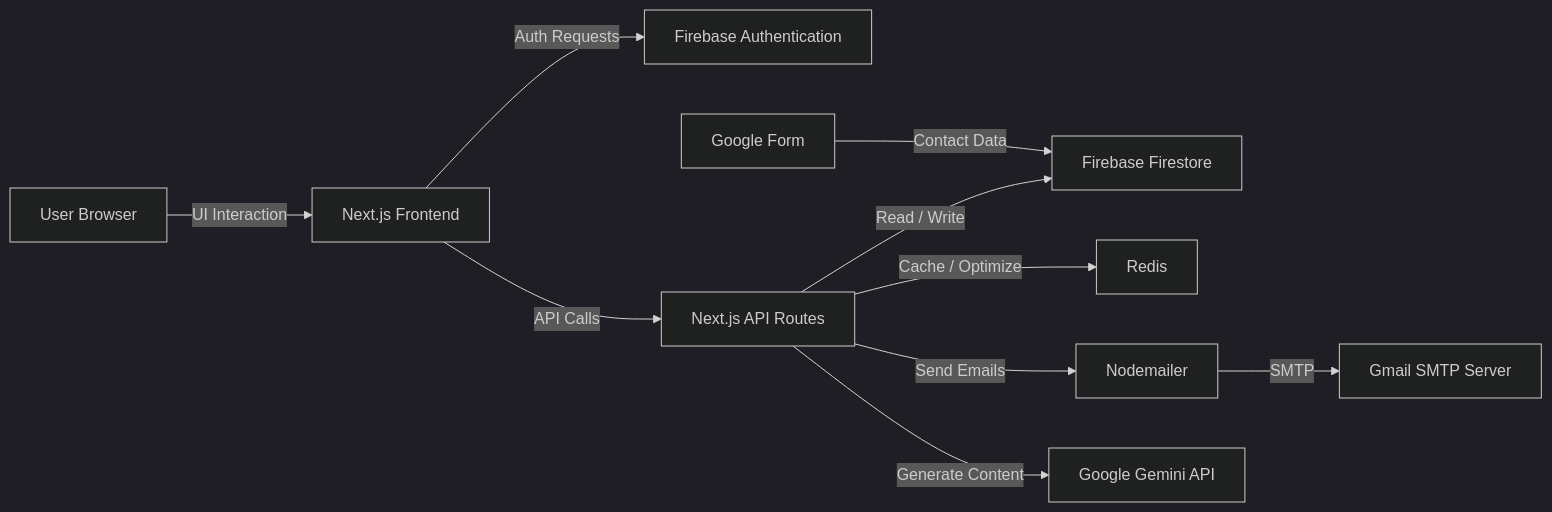
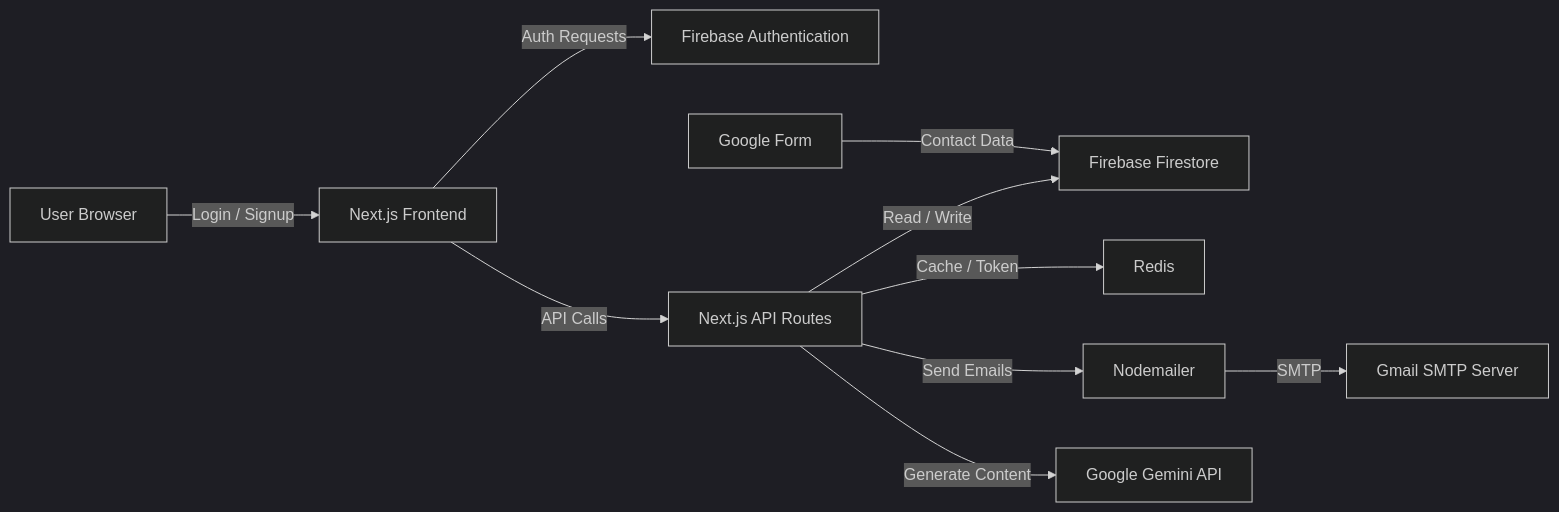
One commit to saru0213/EmailManager changed the diagram in README.md. Above: the diagram before and after it, drawn with Mermaid (dark theme). The commit also changed other lines of this file, not shown here.

````diff
--- a/README.md
+++ b/README.md
@@ -112,17 +123,17 @@
 ```mermaid
 flowchart LR
-    User[User Browser] -->|UI Interaction| FE[Next.js Frontend]
+    User[User Browser] -->|Login / Signup| FE[Next.js Frontend]
 
     FE -->|Auth Requests| Auth[Firebase Authentication]
     FE -->|API Calls| API[Next.js API Routes]
 
     API -->|Read / Write| DB[Firebase Firestore]
-    API -->|Cache / Optimize| Cache[Redis]
+    API -->|Cache / Token| Cache[Redis]
 
     API -->|Send Emails| Mail[Nodemailer]
     Mail -->|SMTP| Gmail[Gmail SMTP Server]
 
     API -->|Generate Content| AI[Google Gemini API]
 
     External[Google Form] -->|Contact Data| DB
 ```
````
